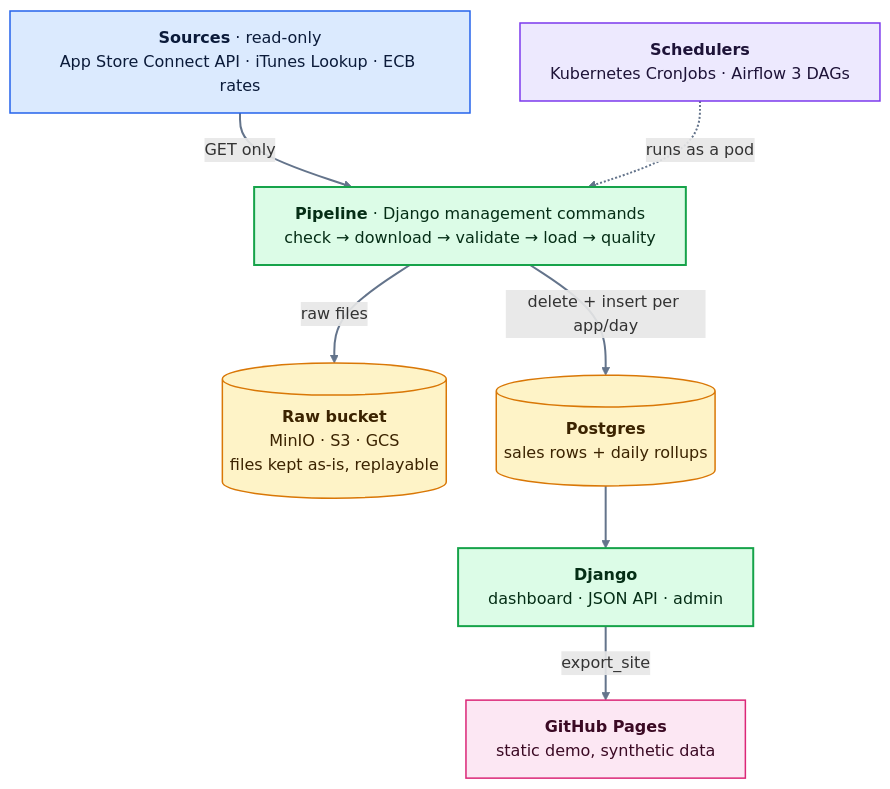
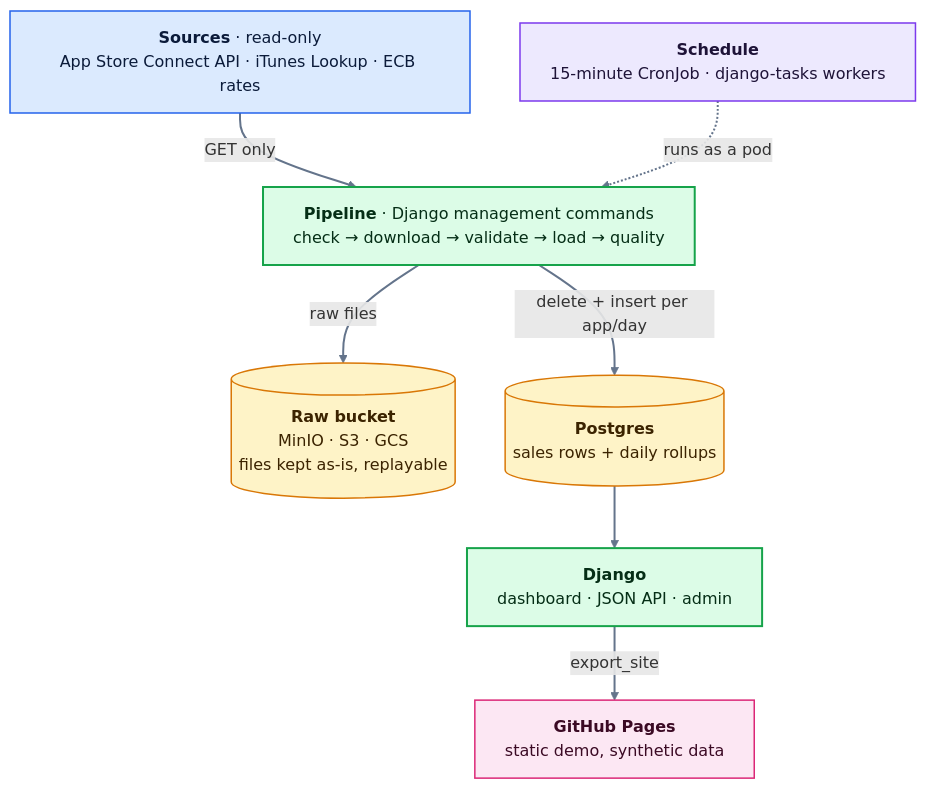
One commit to blite/ASCStats changed the diagram in README.md. Above: the diagram before and after it, drawn with Mermaid. The commit also changed other lines of this file and 30 other files, not shown here.

Commit message:
Cutover: Airflow retires; the DAGs, its CI job, list_apps --xcom and its README sections go

````diff
--- a/README.md
+++ b/README.md
@@ -59,30 +60,30 @@
 ```mermaid
 %%{init: {"flowchart": {"wrappingWidth": 400}}}%%
 flowchart TB
     SRC["<b>Sources</b> · read-only<br/>App Store Connect API · iTunes Lookup · ECB rates"]
-    SCHED["<b>Schedulers</b><br/>Kubernetes CronJobs · Airflow 3 DAGs"]
+    SCHED["<b>Schedule</b><br/>15-minute CronJob · django-tasks workers"]
     PIPE["<b>Pipeline</b> · Django management commands<br/>check → download → validate → load → quality"]
     S3[("<b>Raw bucket</b><br/>MinIO · S3 · GCS<br/>files kept as-is, replayable")]
     PG[("<b>Postgres</b><br/>sales rows + daily rollups")]
     WEB["<b>Django</b><br/>dashboard · JSON API · admin"]
     PAGES["<b>GitHub Pages</b><br/>static demo, synthetic data"]
 
     SRC -- "GET only" --> PIPE
     SCHED -. "runs as a pod" .-> PIPE
     PIPE -- "raw files" --> S3
     PIPE -- "delete + insert per app/day" --> PG
     PG --> WEB
     WEB -- "export_site" --> PAGES
 
     classDef source fill:#dbeafe,stroke:#2563eb,stroke-width:1.5px,color:#0b1b3a
     classDef sched fill:#ede9fe,stroke:#7c3aed,stroke-width:1.5px,color:#1e1338
     classDef compute fill:#dcfce7,stroke:#16a34a,stroke-width:2px,color:#052e16
     classDef store fill:#fef3c7,stroke:#d97706,stroke-width:1.5px,color:#3b2300
     classDef out fill:#fce7f3,stroke:#db2777,stroke-width:1.5px,color:#3b0a24
     class SRC source
     class SCHED sched
     class PIPE,WEB compute
     class S3,PG store
     class PAGES out
     linkStyle default stroke:#64748b,stroke-width:2px
 ```
````
